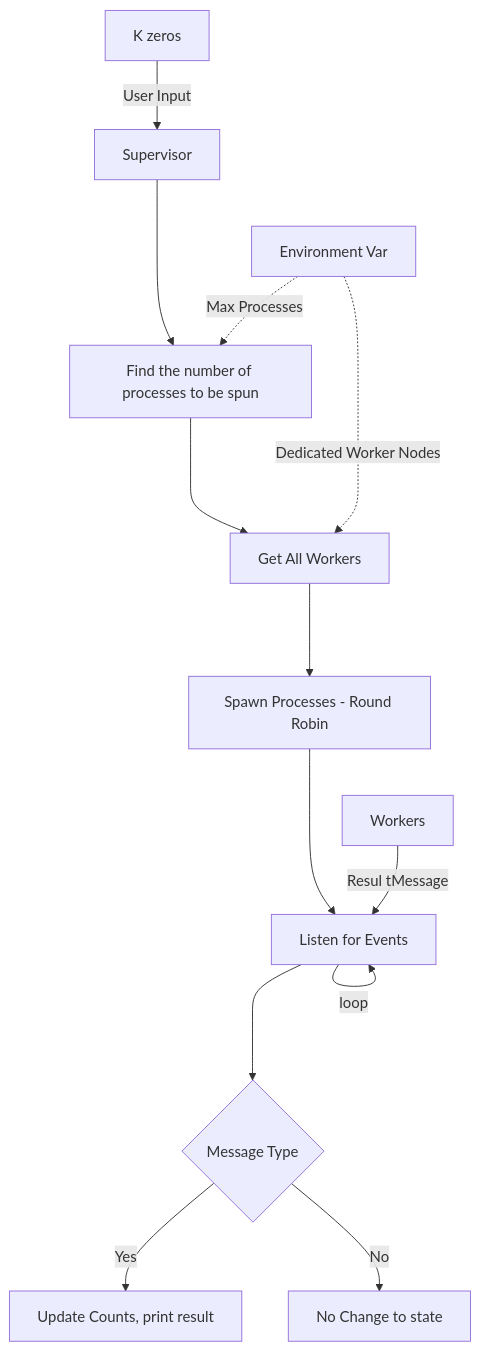
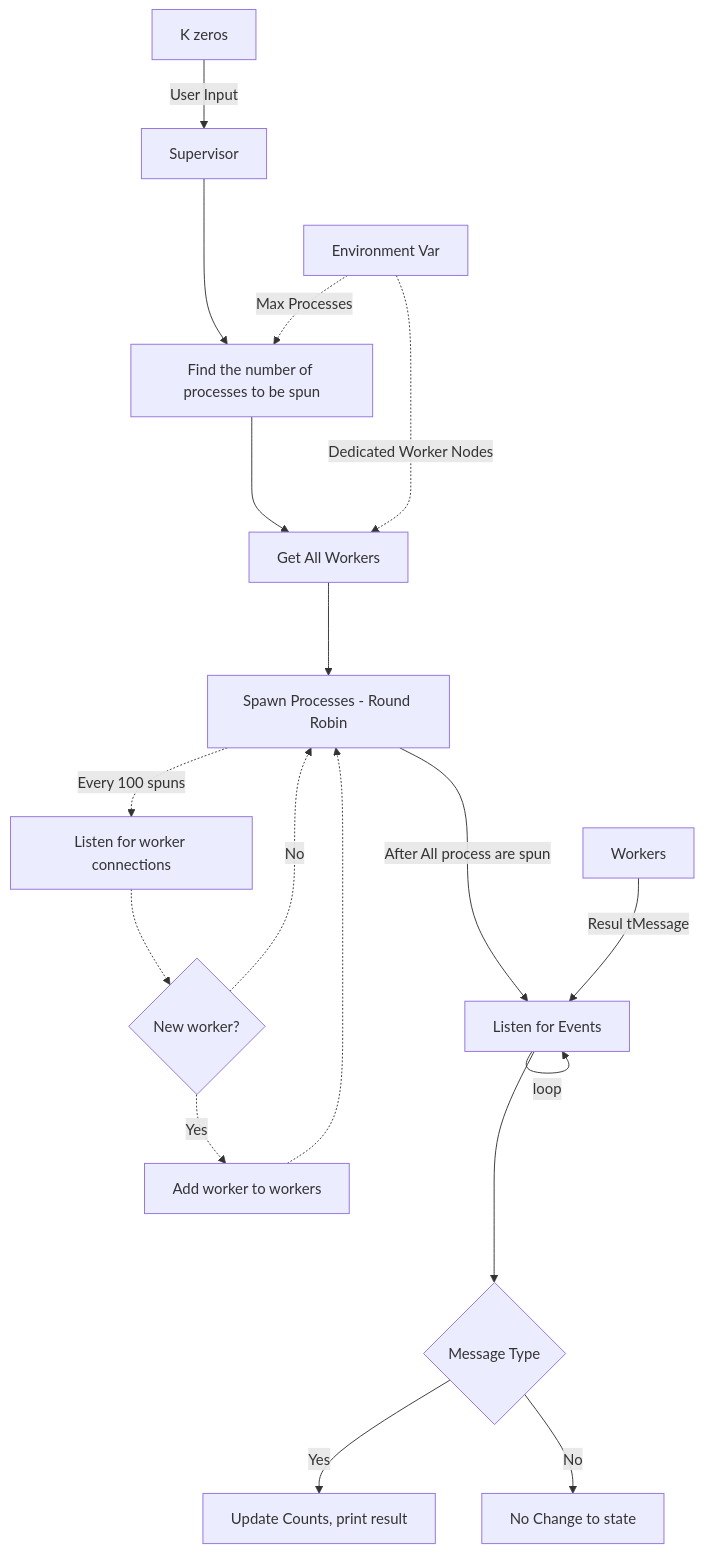
One commit to GANES1998/Bitcoin-Miner changed the second of 3 diagrams in Readme.md. Above: the diagram before and after it, drawn with Mermaid. The commit also changed other lines of this file and 3 other files, not shown here.

````diff
--- a/Readme.md
+++ b/Readme.md
@@ -37,15 +37,20 @@
 ```mermaid
 graph TB;
     A[K zeros] --User Input--> B[Supervisor];
     B ---> C[Find the number of processes to be spun];
     C ---> L[Get All Workers];
     D -.-> |Dedicated Worker Nodes|L;
     D[Environment Var] -.-> |Max Processes|C;
     L ---> E[Spawn Processes - Round Robin];
-    E ---> F[Listen for Events];
+    E -.-> |Every 100 spuns| P[Listen for worker connections];
+    P -.-> M{New worker?};
+    M -.-> |Yes| N[Add worker to workers]; 
+    N -.-> E;
+    M -.-> |No| E;
+    E ---> |After All process are spun| F[Listen for Events];
     F --loop--> F;
     H[Workers] --Resul tMessage--> F; 
     F ---> I{Message Type};
     I -->|Yes| J[Update Counts, print result];
     I -->|No| K[No Change to state]
 ```
````
